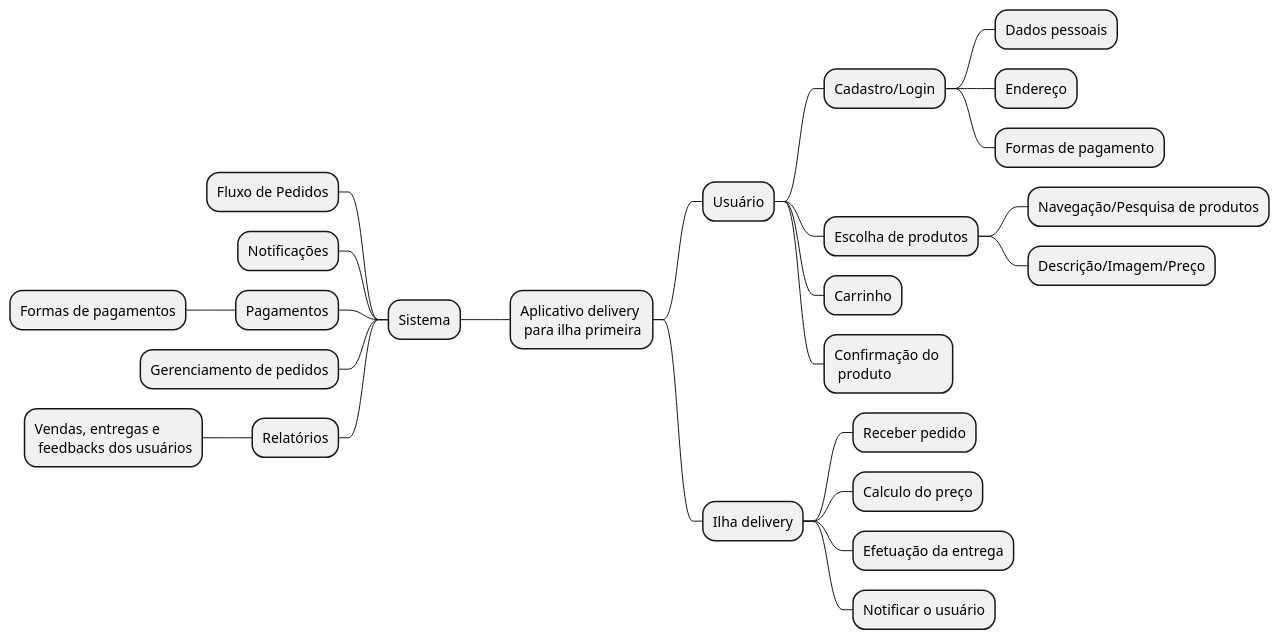
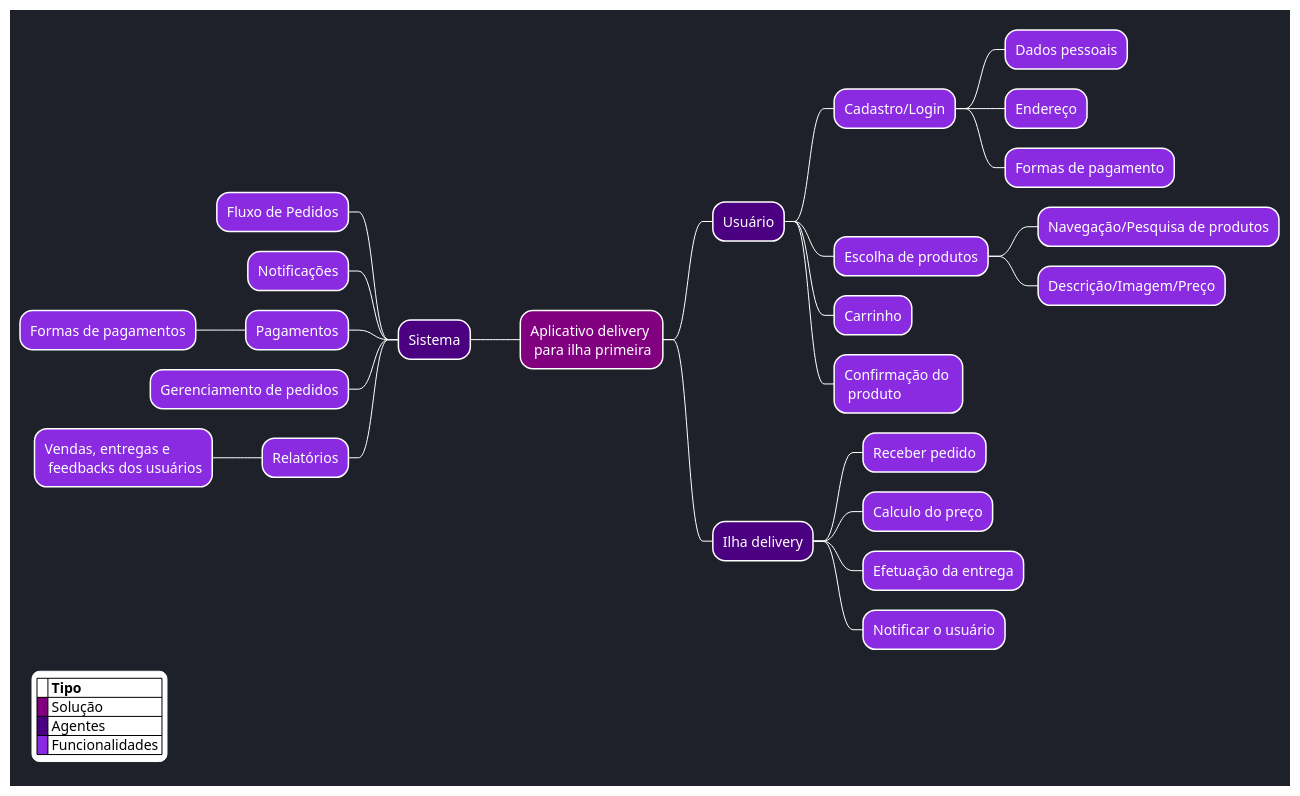
Before and after one commit to Projetos-de-Extensao/PBE_25.1_8001_VI: the diagram in docs/base/mapa_mental.md, drawn with PlantUML.

Commit message:
Customização do mind map

````diff
--- a/docs/base/mapa_mental.md
+++ b/docs/base/mapa_mental.md
@@ -23,34 +23,55 @@
 ```puml
 @startmindmap
 
-* Aplicativo delivery \n para ilha primeira
+<style>
+document {
+  BackGroundColor #1e2129
+}
+root {
+  FontColor #white
+  LineColor white
+}
+legend{
+    FontColor Black
+    BackGroundColor white
+}
+</style>
 
-** Usuário
-*** Cadastro/Login
-**** Dados pessoais
-**** Endereço
-**** Formas de pagamento
-*** Escolha de produtos
-**** Navegação/Pesquisa de produtos
-**** Descrição/Imagem/Preço
-*** Carrinho
-*** Confirmação do \n produto
-** Ilha delivery
-*** Receber pedido
-*** Calculo do preço
-*** Efetuação da entrega
-*** Notificar o usuário
+legend left
+|= |= Tipo |
+|<back:Purple>   </back>| Solução |
+|<back:Indigo>   </back>| Agentes |
+|<back:BlueViolet>   </back>| Funcionalidades |
+endlegend
+
+*[#Purple] Aplicativo delivery \n para ilha primeira
+
+**[#Indigo] Usuário
+***[#BlueViolet] Cadastro/Login
+****[#BlueViolet] Dados pessoais
+****[#BlueViolet] Endereço
+****[#BlueViolet] Formas de pagamento
+***[#BlueViolet] Escolha de produtos
+****[#BlueViolet] Navegação/Pesquisa de produtos
+****[#BlueViolet] Descrição/Imagem/Preço
+***[#BlueViolet] Carrinho
+***[#BlueViolet] Confirmação do \n produto
+**[#Indigo] Ilha delivery
+***[#BlueViolet] Receber pedido
+***[#BlueViolet] Calculo do preço
+***[#BlueViolet] Efetuação da entrega
+***[#BlueViolet] Notificar o usuário
 
 left side
 
-** Sistema
-*** Fluxo de Pedidos
-*** Notificações
-*** Pagamentos
-**** Formas de pagamentos
-*** Gerenciamento de pedidos
-*** Relatórios
-**** Vendas, entregas e \n feedbacks dos usuários
+**[#Indigo] Sistema
+***[#BlueViolet] Fluxo de Pedidos
+***[#BlueViolet] Notificações
+***[#BlueViolet] Pagamentos
+****[#BlueViolet] Formas de pagamentos
+***[#BlueViolet] Gerenciamento de pedidos
+***[#BlueViolet] Relatórios
+****[#BlueViolet] Vendas, entregas e \n feedbacks dos usuários
 
 @endmindmap
 ```
````
